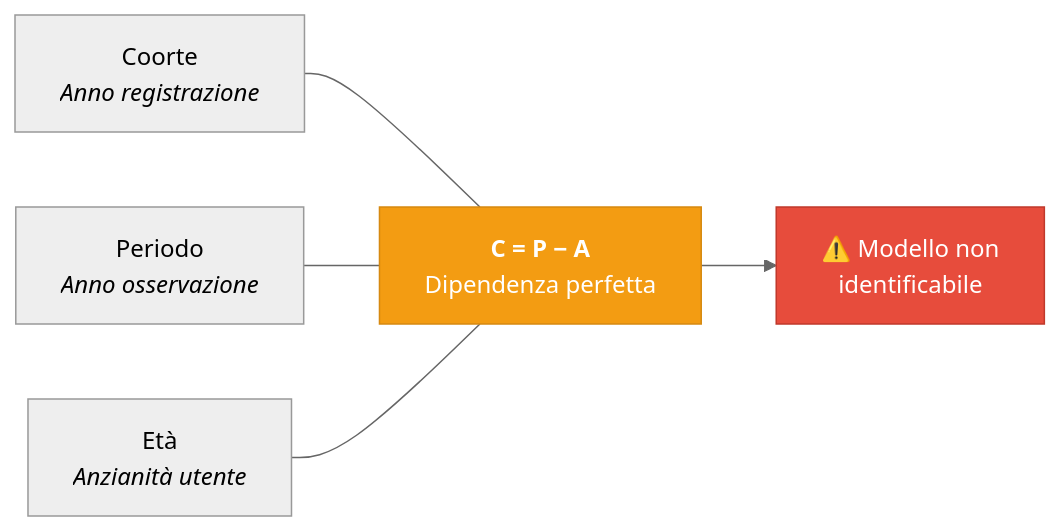
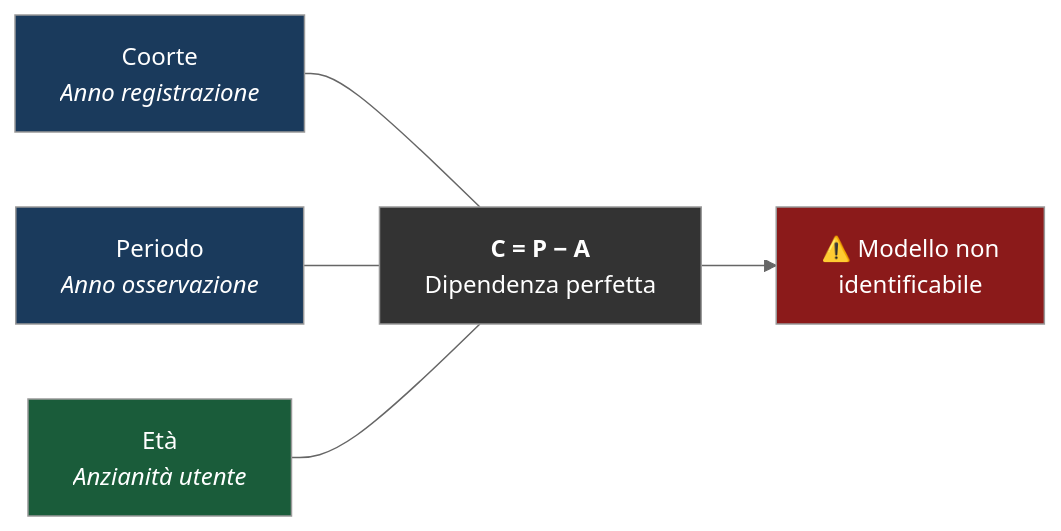
Before and after one commit to AndreyBertasini/gynnitech: the sixth of 12 diagrams in src/content/corso/analisi-prodotto/analisi-coorte.mdx, drawn with Mermaid (neutral theme). The commit also changed other lines of this file and 21 other files, not shown here.

First line of the commit message:
style: applica color scheme semantico a tutti i diagrammi Mermaid del corso

````diff
--- a/src/content/corso/analisi-prodotto/analisi-coorte.mdx
+++ b/src/content/corso/analisi-prodotto/analisi-coorte.mdx
@@ -163,9 +170,12 @@
 ```mermaid
 graph LR
     C["Coorte<br/><i>Anno registrazione</i>"] --- EQ["<b>C = P − A</b><br/>Dipendenza perfetta"]
     P["Periodo<br/><i>Anno osservazione</i>"] --- EQ
     A["Età<br/><i>Anzianità utente</i>"] --- EQ
     EQ --> PROB["⚠️ Modello non<br/>identificabile"]
-    style PROB fill:#e74c3c,stroke:#c0392b,color:#fff
-    style EQ fill:#f39c12,stroke:#d68910,color:#fff
+    style C fill:#1a3a5c,color:#ffffff
+    style P fill:#1a3a5c,color:#ffffff
+    style A fill:#1a5c3a,color:#ffffff
+    style EQ fill:#333333,color:#ffffff
+    style PROB fill:#8b1a1a,color:#ffffff
 ```
````
